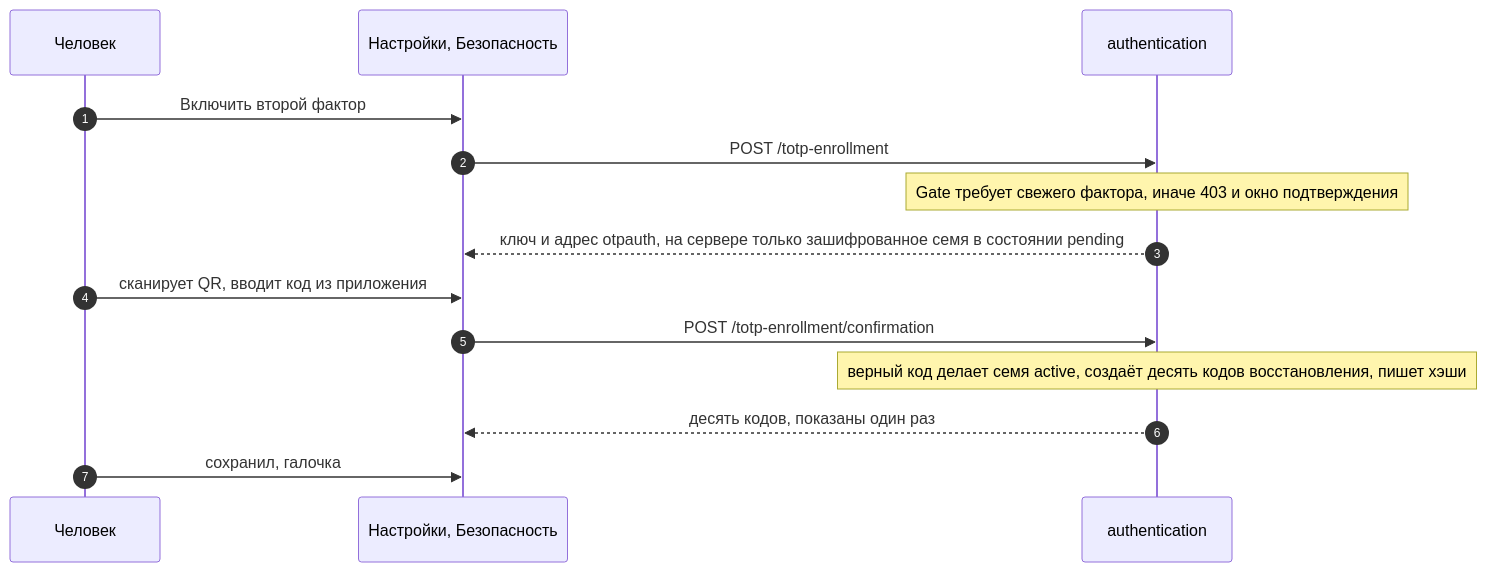
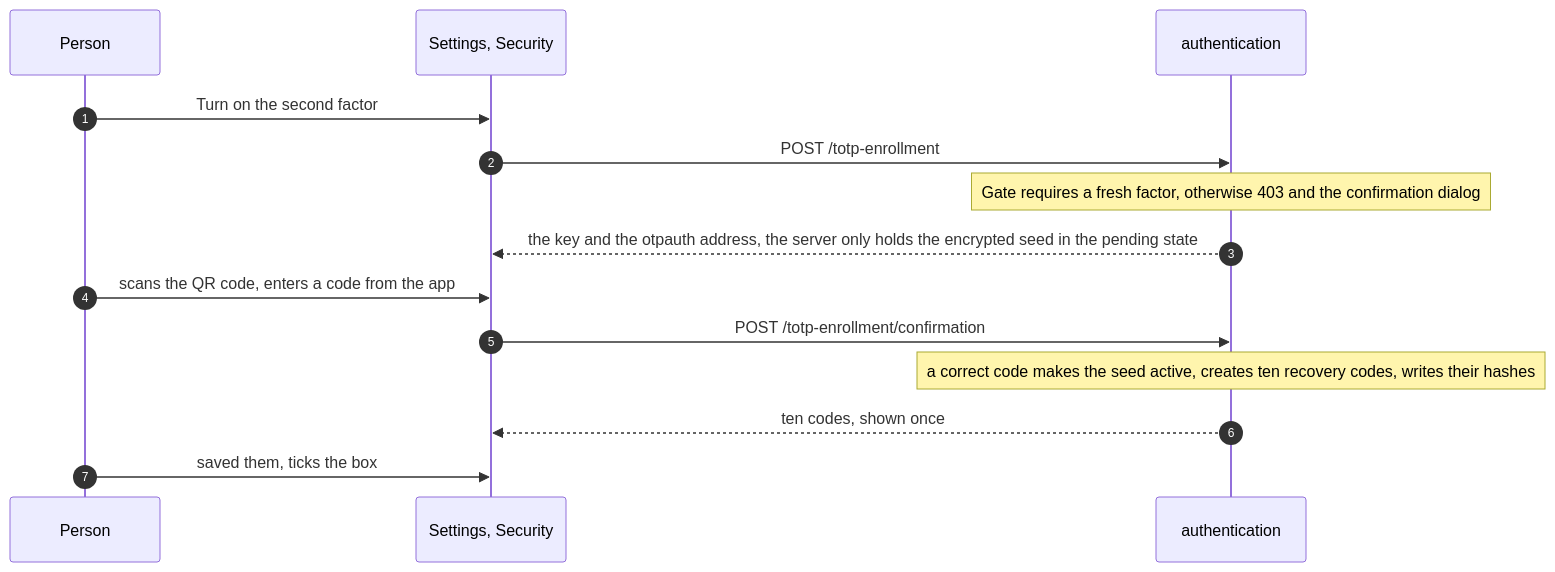
Before and after one commit to yuriisurzhykov/Tallyvane: the third of 5 diagrams in docs/backend/02-authentication-slice-5.md, drawn with Mermaid. The commit also changed other lines of this file, not shown here.

````diff
--- a/docs/backend/02-authentication-slice-5.md
+++ b/docs/backend/02-authentication-slice-5.md
@@ -119,16 +119,16 @@
 ```mermaid
 sequenceDiagram
     autonumber
-    participant P as Человек
-    participant W as Настройки, Безопасность
+    participant P as Person
+    participant W as Settings, Security
     participant A as authentication
-    P->>W: Включить второй фактор
+    P->>W: Turn on the second factor
     W->>A: POST /totp-enrollment
-    Note over A: Gate требует свежего фактора, иначе 403 и окно подтверждения
-    A-->>W: ключ и адрес otpauth, на сервере только зашифрованное семя в состоянии pending
-    P->>W: сканирует QR, вводит код из приложения
+    Note over A: Gate requires a fresh factor, otherwise 403 and the confirmation dialog
+    A-->>W: the key and the otpauth address, the server only holds the encrypted seed in the pending state
+    P->>W: scans the QR code, enters a code from the app
     W->>A: POST /totp-enrollment/confirmation
-    Note over A: верный код делает семя active, создаёт десять кодов восстановления, пишет хэши
-    A-->>W: десять кодов, показаны один раз
-    P->>W: сохранил, галочка
+    Note over A: a correct code makes the seed active, creates ten recovery codes, writes their hashes
+    A-->>W: ten codes, shown once
+    P->>W: saved them, ticks the box
 ```
````
